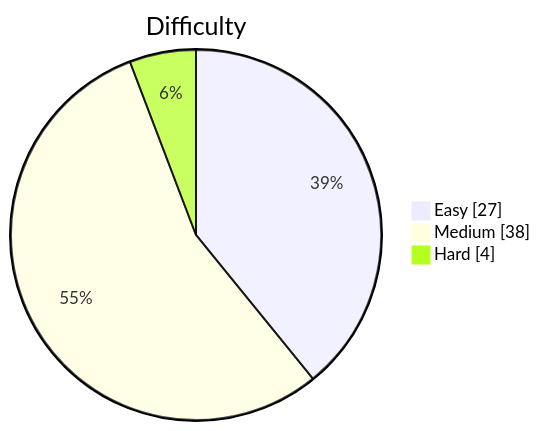
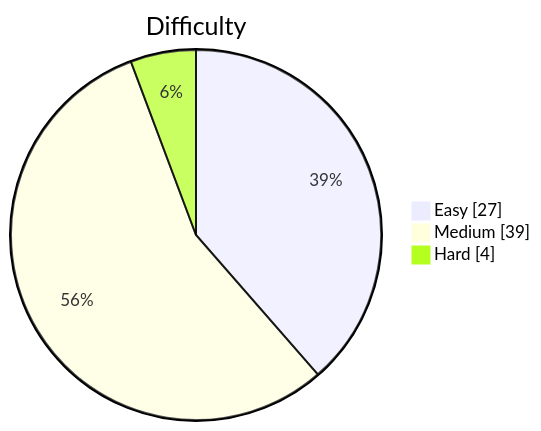
Before and after one commit to kevstevie/python-algo-practice: the diagram in README.md, drawn with Mermaid. The commit also changed other lines of this file, not shown here.

````diff
--- a/README.md
+++ b/README.md
@@ -13,7 +13,7 @@
 ```mermaid
 pie showData
     title Difficulty
     "Easy"   : 27
-    "Medium" : 38
+    "Medium" : 39
     "Hard"   : 4
 ```
````
